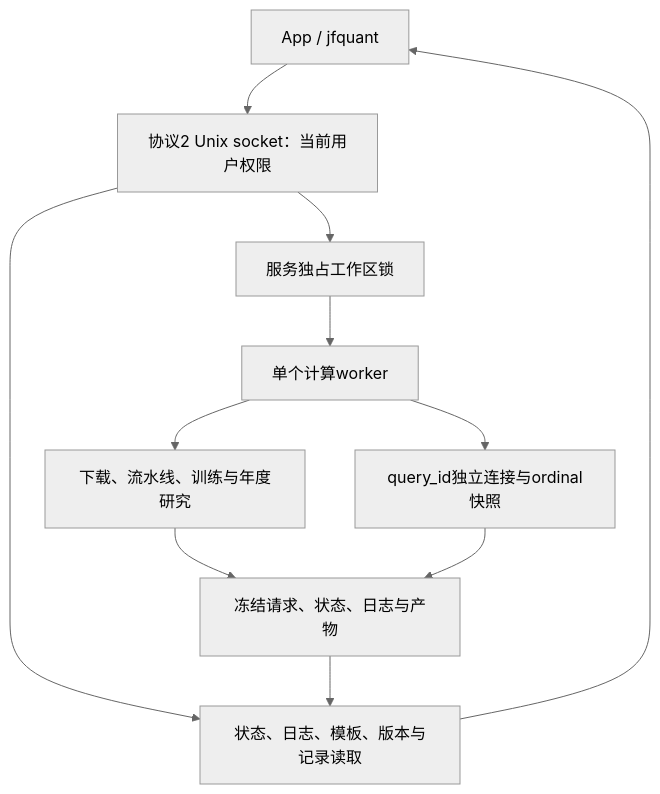
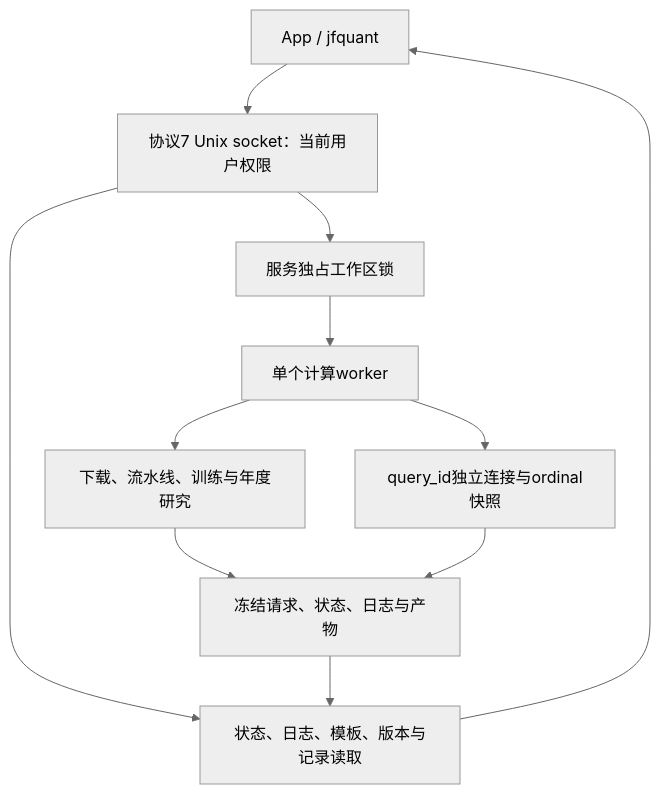
The second of 4 diagrams in crates/workflow/src/README.md (Dennishaha/JFQuant), drawn with Mermaid (neutral theme) before and after one commit. The commit also changed other lines of this file and 100 other files, not shown here.

````diff
--- a/crates/workflow/src/README.md
+++ b/crates/workflow/src/README.md
@@ -42,13 +42,13 @@
 ```mermaid
 flowchart TD
-  CLIENT["App / jfquant"] --> RPC["协议2 Unix socket：当前用户权限"]
+  CLIENT["App / jfquant"] --> RPC["协议7 Unix socket：当前用户权限"]
   RPC --> LOCK["服务独占工作区锁"]
   RPC --> CONTROL["状态、日志、模板、版本与记录读取"]
   LOCK --> WORKER["单个计算worker"]
   WORKER --> QUERY["query_id独立连接与ordinal快照"]
   WORKER --> PIPE["下载、流水线、训练与年度研究"]
   PIPE --> DISK["冻结请求、状态、日志与产物"]
   QUERY --> DISK
   DISK --> CONTROL
   CONTROL --> CLIENT
 ```
````
